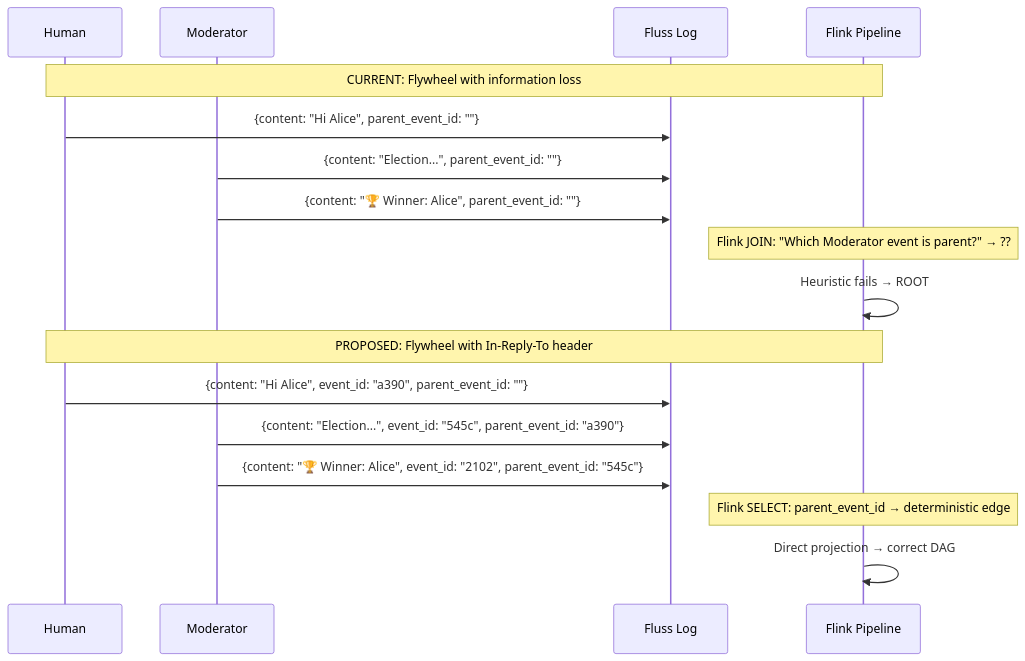
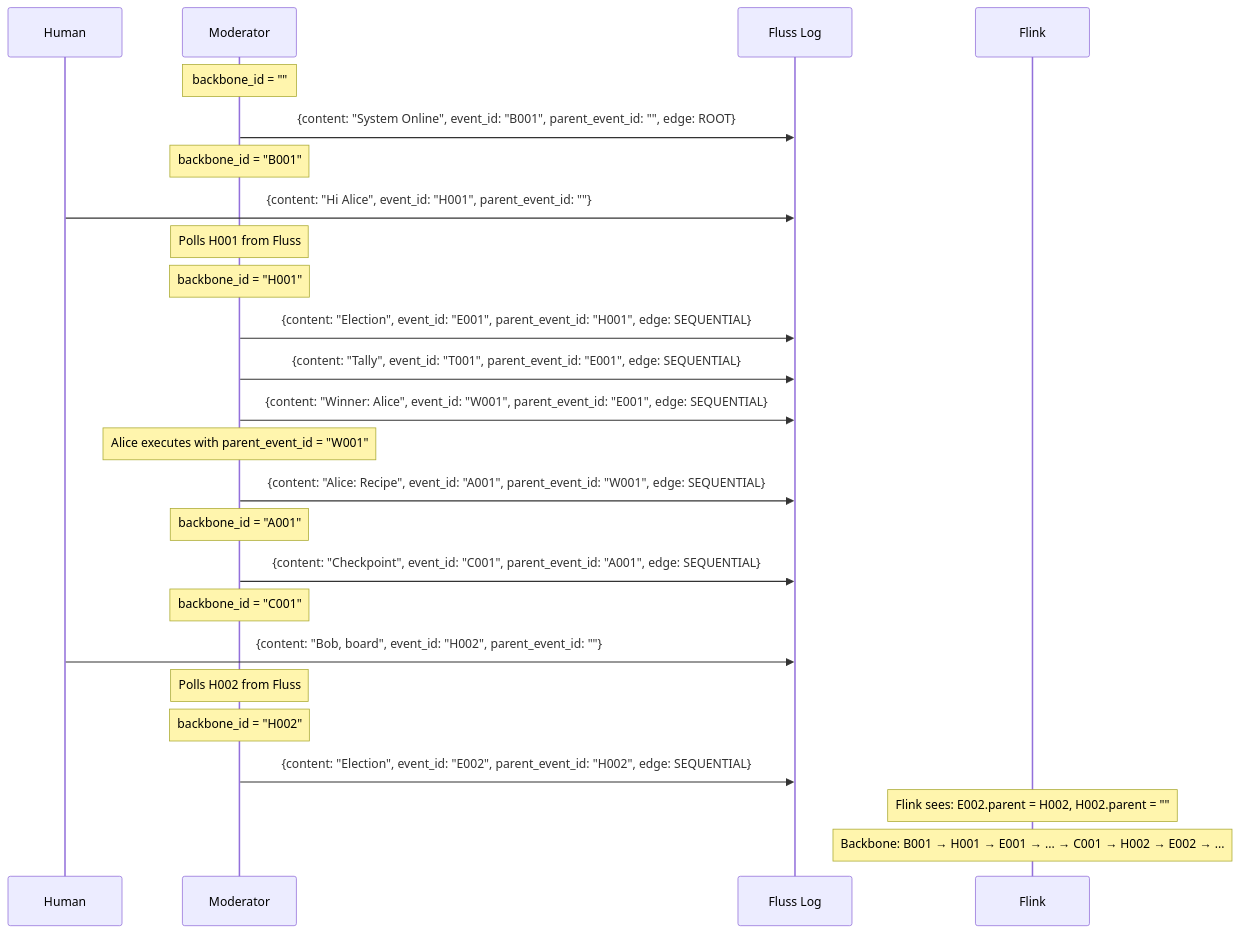
The fourth of 8 diagrams in docs/draft_pt19_solution_proposal_pt5.md (qzyu999/ContainerClaw), drawn with Mermaid before and after one commit. The commit also changed other lines of this file and 1 other file, not shown here.

````diff
--- a/docs/draft_pt19_solution_proposal_pt5.md
+++ b/docs/draft_pt19_solution_proposal_pt5.md
@@ -162,21 +292,35 @@
 ```mermaid
 sequenceDiagram
     participant H as Human
     participant M as Moderator
     participant F as Fluss Log
-    participant FK as Flink Pipeline
+    participant FK as Flink
 
-    Note over H,FK: CURRENT: Flywheel with information loss
-    H->>F: {content: "Hi Alice", parent_event_id: ""}
-    M->>F: {content: "Election...", parent_event_id: ""}
-    M->>F: {content: "🏆 Winner: Alice", parent_event_id: ""}
-    Note over FK: Flink JOIN: "Which Moderator event is parent?" → ??
-    FK->>FK: Heuristic fails → ROOT
+    Note over M: backbone_id = ""
 
-    Note over H,FK: PROPOSED: Flywheel with In-Reply-To header
-    H->>F: {content: "Hi Alice", event_id: "a390", parent_event_id: ""}
-    M->>F: {content: "Election...", event_id: "545c", parent_event_id: "a390"}
-    M->>F: {content: "🏆 Winner: Alice", event_id: "2102", parent_event_id: "545c"}
-    Note over FK: Flink SELECT: parent_event_id → deterministic edge
-    FK->>FK: Direct projection → correct DAG
+    M->>F: {content: "System Online", event_id: "B001", parent_event_id: "", edge: ROOT}
+    Note over M: backbone_id = "B001"
+
+    H->>F: {content: "Hi Alice", event_id: "H001", parent_event_id: ""}
+    Note over M: Polls H001 from Fluss
+    Note over M: backbone_id = "H001"
+
+    M->>F: {content: "Election", event_id: "E001", parent_event_id: "H001", edge: SEQUENTIAL}
+    M->>F: {content: "Tally", event_id: "T001", parent_event_id: "E001", edge: SEQUENTIAL}
+    M->>F: {content: "Winner: Alice", event_id: "W001", parent_event_id: "E001", edge: SEQUENTIAL}
+
+    Note over M: Alice executes with parent_event_id = "W001"
+    M->>F: {content: "Alice: Recipe", event_id: "A001", parent_event_id: "W001", edge: SEQUENTIAL}
+    Note over M: backbone_id = "A001"
+
+    M->>F: {content: "Checkpoint", event_id: "C001", parent_event_id: "A001", edge: SEQUENTIAL}
+    Note over M: backbone_id = "C001"
+
+    H->>F: {content: "Bob, board", event_id: "H002", parent_event_id: ""}
+    Note over M: Polls H002 from Fluss
+    Note over M: backbone_id = "H002"
+
+    M->>F: {content: "Election", event_id: "E002", parent_event_id: "H002", edge: SEQUENTIAL}
+    Note over FK: Flink sees: E002.parent = H002, H002.parent = ""
+    Note over FK: Backbone: B001 → H001 → E001 → ... → C001 → H002 → E002 → ...
 ```
````
